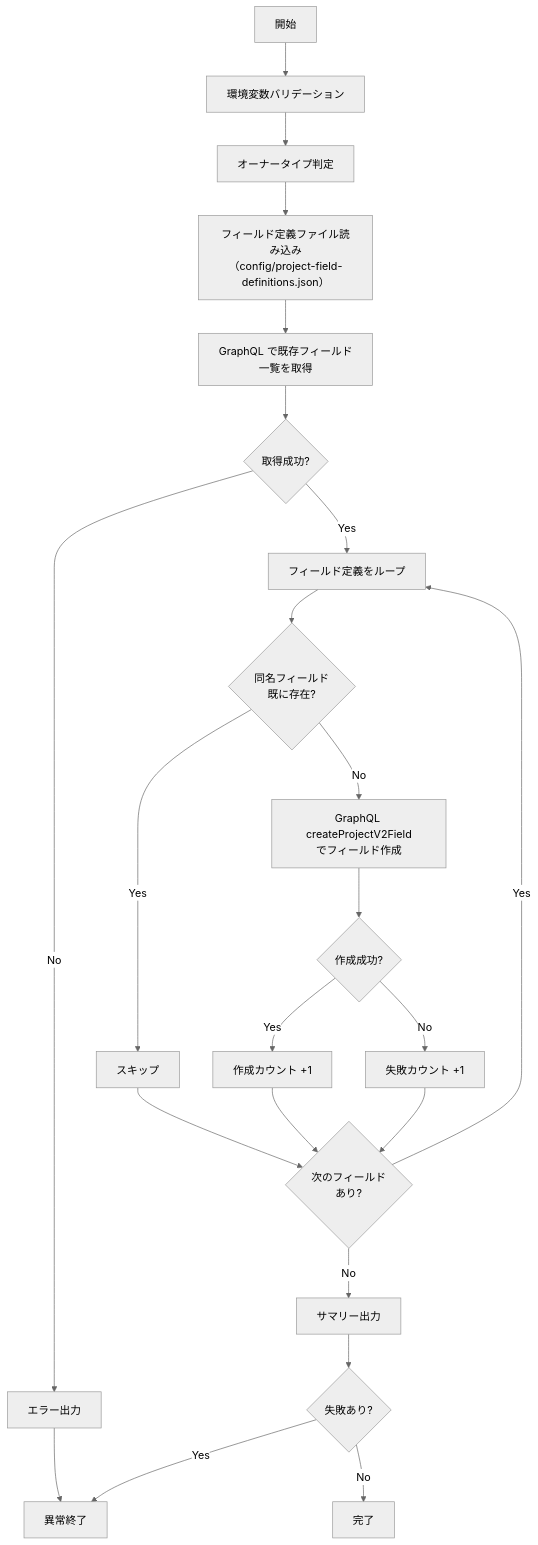
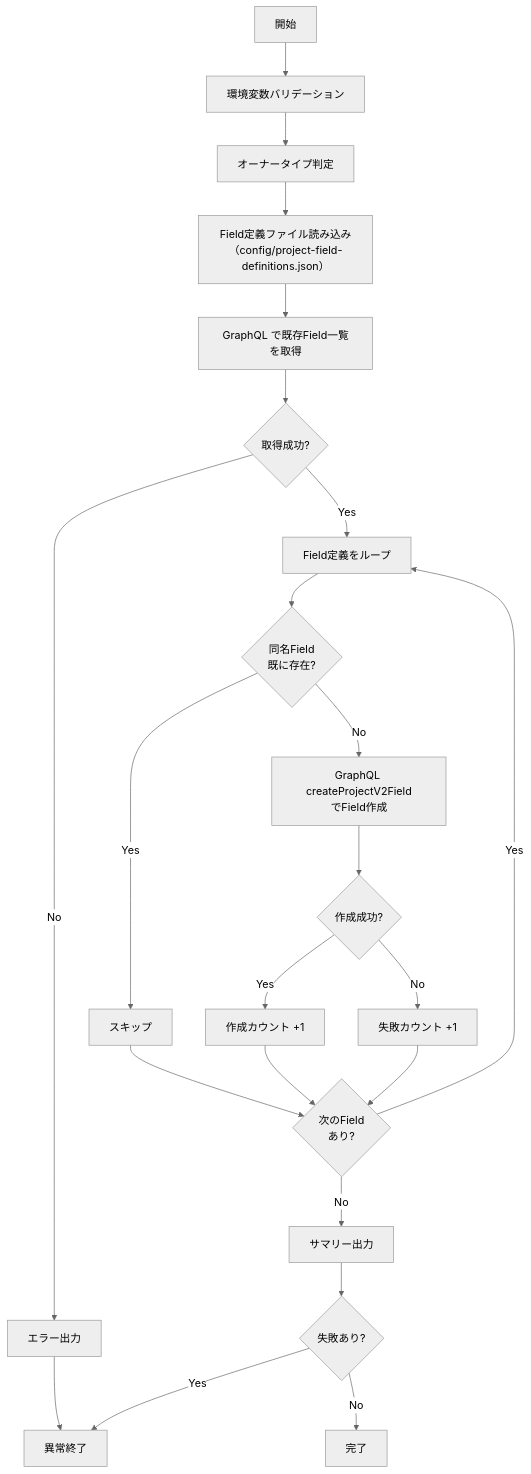
Before and after one commit to lurest-inc/github-projects-ops-kit: the second of 2 diagrams in docs/scripts/setup-project-fields.md, drawn with Mermaid (neutral theme). The commit also changed other lines of this file and 23 other files, not shown here.

````diff
--- a/docs/scripts/setup-project-fields.md
+++ b/docs/scripts/setup-project-fields.md
@@ -67,25 +67,25 @@
 ```mermaid
 flowchart TD
     A["開始"] --> B["環境変数バリデーション"]
     B --> C["オーナータイプ判定"]
-    C --> D["フィールド定義ファイル読み込み\n（config/project-field-definitions.json）"]
-    D --> E["GraphQL で既存フィールド一覧を取得"]
+    C --> D["Field定義ファイル読み込み\n（config/project-field-definitions.json）"]
+    D --> E["GraphQL で既存Field一覧を取得"]
     E --> F{"取得成功?"}
     F -- "No" --> G["エラー出力"]
     G --> H["異常終了"]
 
-    F -- "Yes" --> I["フィールド定義をループ"]
-    I --> J{"同名フィールド\n既に存在?"}
+    F -- "Yes" --> I["Field定義をループ"]
+    I --> J{"同名Field\n既に存在?"}
     J -- "Yes" --> K["スキップ"]
-    J -- "No" --> L["GraphQL createProjectV2Field\nでフィールド作成"]
+    J -- "No" --> L["GraphQL createProjectV2Field\nでField作成"]
     L --> M{"作成成功?"}
     M -- "Yes" --> N["作成カウント +1"]
     M -- "No" --> O["失敗カウント +1"]
 
-    K & N & O --> P{"次のフィールド\nあり?"}
+    K & N & O --> P{"次のField\nあり?"}
     P -- "Yes" --> I
     P -- "No" --> Q["サマリー出力"]
     Q --> R{"失敗あり?"}
     R -- "Yes" --> H
     R -- "No" --> S["完了"]
 ```
````
